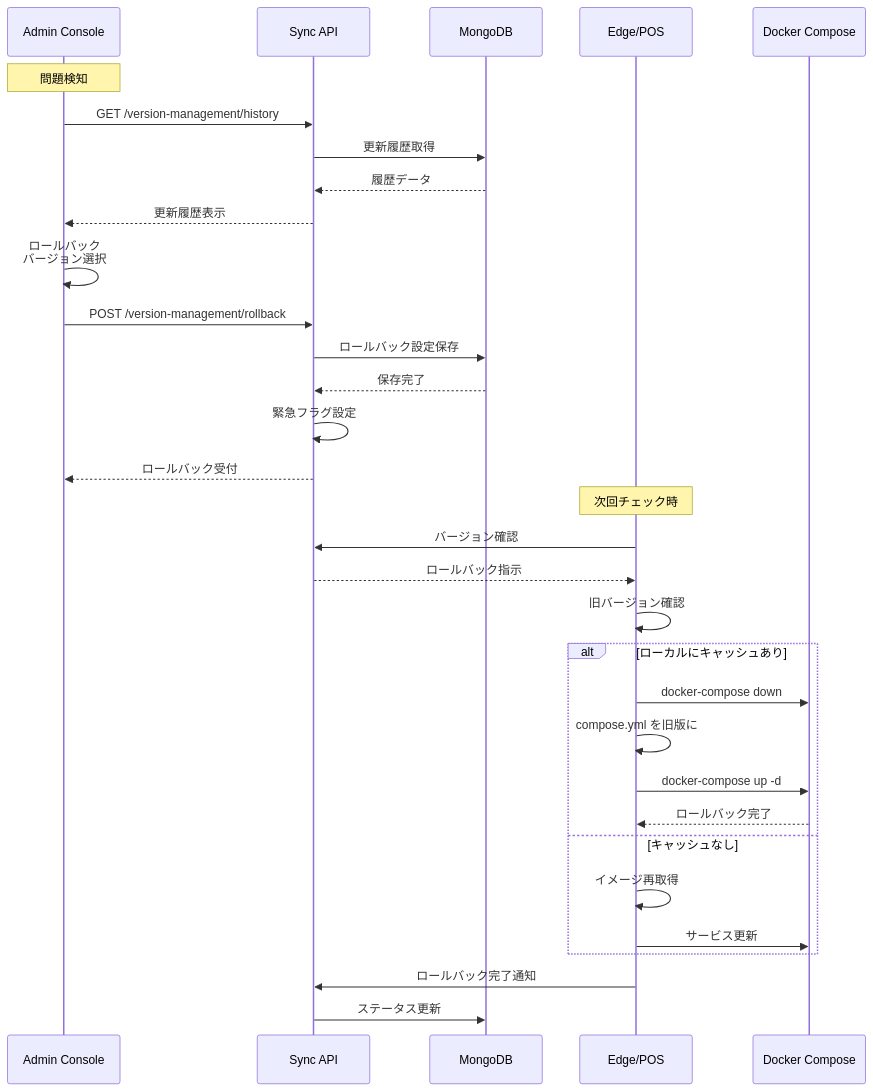
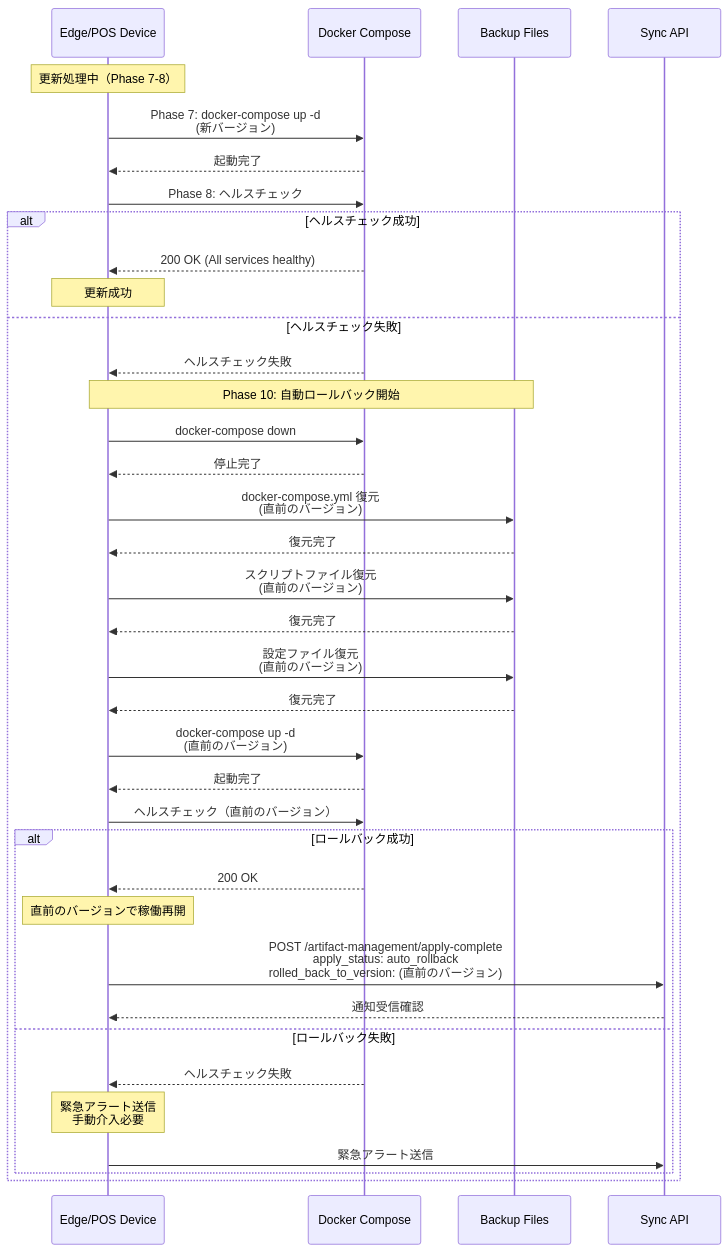
The ninth of 16 diagrams in notes/2-upgrade/03_アーキテクチャ解説書.md (gaocuiping/kugelpos-stpos-docs-new), drawn with Mermaid before and after one commit. The commit also changed other lines of this file and 2 other files, not shown here.

Commit message:
docs: Add detailed feature descriptions and clarify Python library usage
Added comprehensive feature descriptions to functional requirements:
- Version Management API: Authentication, version checking, update history
- Artifact Management API: File downloads, completion notifications
- Manifest Generation: Dynamic device/store-specific manifest creation

Updated architecture documentation:
- Enhanced Sync Service component description with three main features
- Clarified automatic rollback philosophy throughout all documents

Clarified Python library usage:
- Changed from "startup.sh depends on libraries" to more accurate
  "Python scripts on host OS use libraries (manifest parsing, health checks, etc.)"
- Reflects correct pattern: shell scripts call Python scripts which use libraries

🤖 Generated with [Claude Code](https://claude.com/claude-code)

````diff
--- a/notes/2-upgrade/03_アーキテクチャ解説書.md
+++ b/notes/2-upgrade/03_アーキテクチャ解説書.md
@@ -776,43 +776,52 @@
 ```mermaid
 sequenceDiagram
-    participant ADMIN as Admin Console
+    participant DEVICE as Edge/POS Device
+    participant DOCKER as Docker Compose
+    participant BACKUP as Backup Files
     participant API as Sync API
-    participant DB as MongoDB
-    participant EDGE as Edge/POS
-    participant DC as Docker Compose
 
-    Note over ADMIN: 問題検知
+    Note over DEVICE: 更新処理中（Phase 7-8）
 
-    ADMIN->>API: GET /version-management/history
-    API->>DB: 更新履歴取得
-    DB-->>API: 履歴データ
-    API-->>ADMIN: 更新履歴表示
+    DEVICE->>DOCKER: Phase 7: docker-compose up -d<br/>(新バージョン)
+    DOCKER-->>DEVICE: 起動完了
 
-    ADMIN->>ADMIN: ロールバック<br/>バージョン選択
+    DEVICE->>DOCKER: Phase 8: ヘルスチェック
 
-    ADMIN->>API: POST /version-management/rollback
-    API->>DB: ロールバック設定保存
-    DB-->>API: 保存完了
-    API->>API: 緊急フラグ設定
-    API-->>ADMIN: ロールバック受付
+    alt ヘルスチェック成功
+        DOCKER-->>DEVICE: 200 OK (All services healthy)
+        Note over DEVICE: 更新成功
+    else ヘルスチェック失敗
+        DOCKER-->>DEVICE: ヘルスチェック失敗
 
-    Note over EDGE: 次回チェック時
+        Note over DEVICE, BACKUP: Phase 10: 自動ロールバック開始
 
-    EDGE->>API: バージョン確認
-    API-->>EDGE: ロールバック指示
+        DEVICE->>DOCKER: docker-compose down
+        DOCKER-->>DEVICE: 停止完了
 
-    EDGE->>EDGE: 旧バージョン確認
+        DEVICE->>BACKUP: docker-compose.yml 復元<br/>(直前のバージョン)
+        BACKUP-->>DEVICE: 復元完了
 
-    alt ローカルにキャッシュあり
-        EDGE->>DC: docker-compose down
-        EDGE->>EDGE: compose.yml を旧版に
-        EDGE->>DC: docker-compose up -d
-        DC-->>EDGE: ロールバック完了
-    else キャッシュなし
-        EDGE->>EDGE: イメージ再取得
-        EDGE->>DC: サービス更新
+        DEVICE->>BACKUP: スクリプトファイル復元<br/>(直前のバージョン)
+        BACKUP-->>DEVICE: 復元完了
+
+        DEVICE->>BACKUP: 設定ファイル復元<br/>(直前のバージョン)
+        BACKUP-->>DEVICE: 復元完了
+
+        DEVICE->>DOCKER: docker-compose up -d<br/>(直前のバージョン)
+        DOCKER-->>DEVICE: 起動完了
+
+        DEVICE->>DOCKER: ヘルスチェック（直前のバージョン）
+
+        alt ロールバック成功
+            DOCKER-->>DEVICE: 200 OK
+            Note over DEVICE: 直前のバージョンで稼働再開
+
+            DEVICE->>API: POST /artifact-management/apply-complete<br/>apply_status: auto_rollback<br/>rolled_back_to_version: (直前のバージョン)
+            API-->>DEVICE: 通知受信確認
+        else ロールバック失敗
+            DOCKER-->>DEVICE: ヘルスチェック失敗
+            Note over DEVICE: 緊急アラート送信<br/>手動介入必要
+            DEVICE->>API: 緊急アラート送信
+        end
     end
-
-    EDGE->>API: ロールバック完了通知
-    API->>DB: ステータス更新
 ```
````
